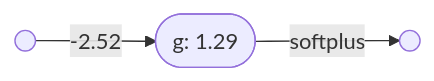
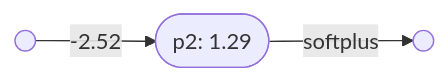
Before and after one commit to conmaol/maglocunus: the third of 5 diagrams in nodes/neural_networks.md, drawn with Mermaid. The commit also changed other lines of this file, not shown here.

````diff
--- a/nodes/neural_networks.md
+++ b/nodes/neural_networks.md
@@ -41,5 +41,5 @@
 ```mermaid
 graph LR
-    A(( )) -- "-2.52" --> C(["g: 1.29"])
+    A(( )) -- "-2.52" --> C(["p2: 1.29"])
     C -- "softplus" --> E(( ))
 ```
````
